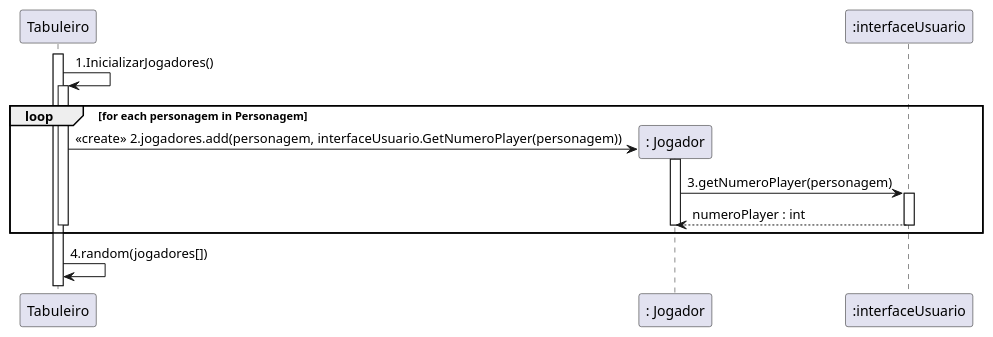
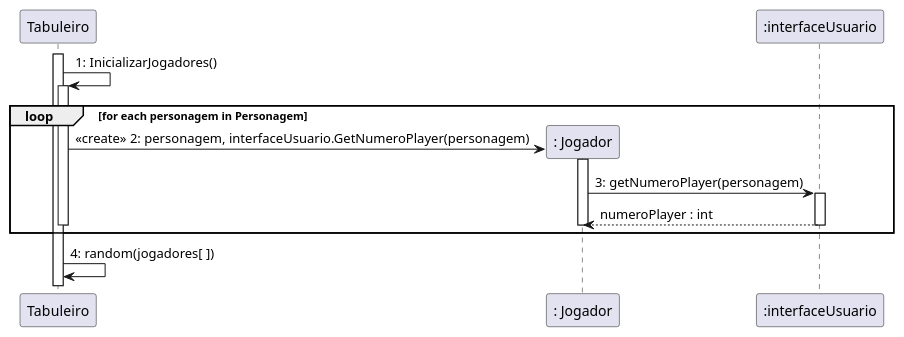
Before and after one commit to rogerpcto/ProjetoDeSoftware-UFF: the diagram in Documentação/diagrama-de-sequencia-Inicializa-jogadores.plantuml, drawn with PlantUML.

Commit message:
arruma diagrama inicializaJogadores

```diff
--- a/Documentação/diagrama-de-sequencia-Inicializa-jogadores.plantuml
+++ b/Documentação/diagrama-de-sequencia-Inicializa-jogadores.plantuml
@@ -1,19 +1,19 @@
 @startuml
 Activate Tabuleiro
-":Tabuleiro" as Tabuleiro -> Tabuleiro : 1.InicializarJogadores()
+":Tabuleiro" as Tabuleiro -> Tabuleiro : 1: InicializarJogadores()
 
 Create ": Jogador" as Jogador
 loop for each personagem in Personagem
     activate Tabuleiro
-        Tabuleiro -> Jogador : <<create>> 2.jogadores.add(personagem, interfaceUsuario.GetNumeroPlayer(personagem))
+        Tabuleiro -> Jogador : <<create>> 2: personagem, interfaceUsuario.GetNumeroPlayer(personagem)
         activate Jogador
         
-            Jogador-> ":interfaceUsuario" as GUI : 3.getNumeroPlayer(personagem) 
+            Jogador-> ":interfaceUsuario" as GUI : 3: getNumeroPlayer(personagem) 
             Activate GUI
             Jogador <-- GUI : numeroPlayer : int
             Deactivate GUI
         Deactivate Jogador
     Deactivate Tabuleiro   
 end loop
-Tabuleiro -> Tabuleiro : 4.random(jogadores[])
+Tabuleiro -> Tabuleiro : 4: random(jogadores[ ])
 @enduml
```
